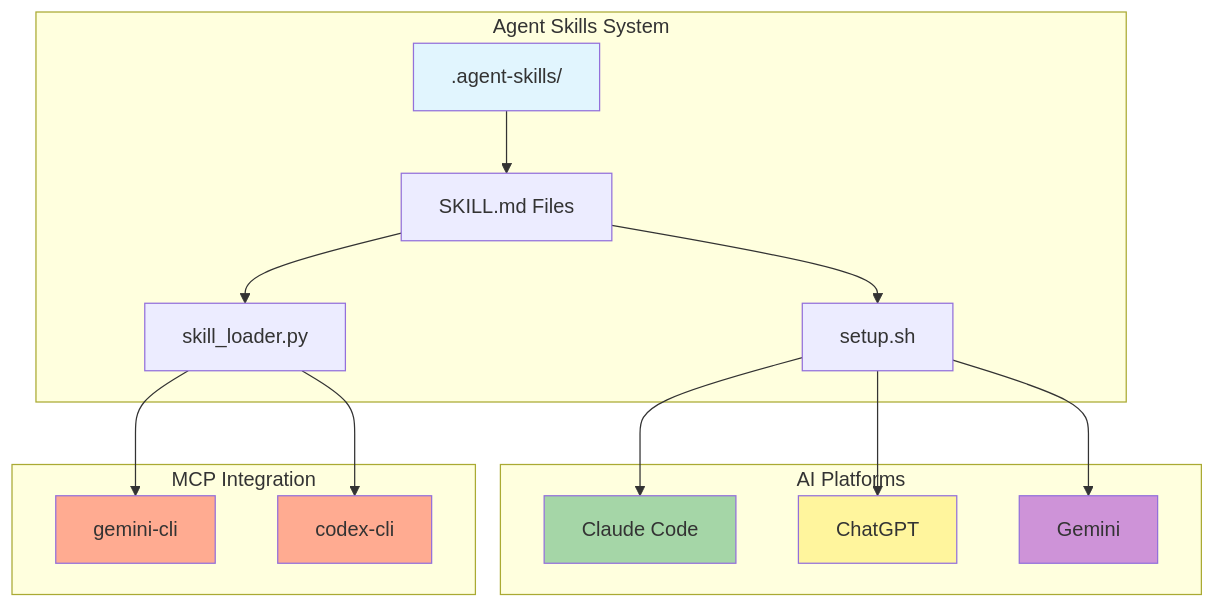
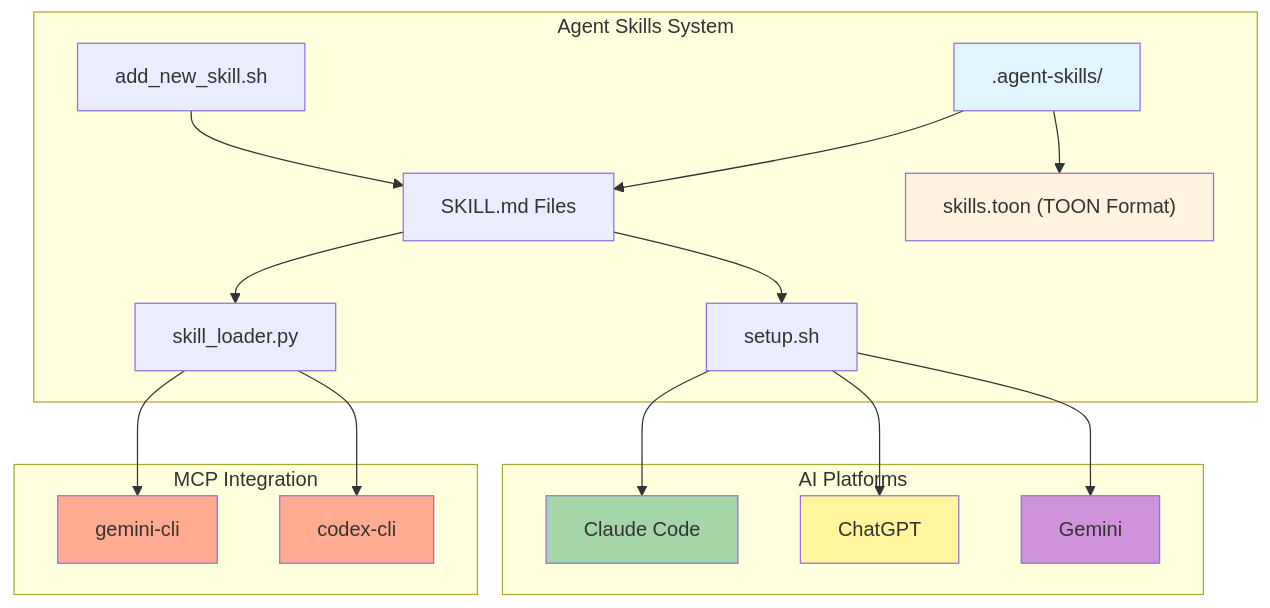
Before and after one commit to supercent-io/skills-template: the first of 6 diagrams in README.md, drawn with Mermaid. The commit also changed other lines of this file and 7 other files, not shown here.

````diff
--- a/README.md
+++ b/README.md
@@ -12,37 +13,42 @@
 ```mermaid
 graph TB
     subgraph "Agent Skills System"
         AS[".agent-skills/"]
         SK["SKILL.md Files"]
+        TN["skills.toon (TOON Format)"]
         SL["skill_loader.py"]
         SS["setup.sh"]
+        ANS["add_new_skill.sh"]
     end
 
     subgraph "AI Platforms"
         CL["Claude Code"]
         GP["ChatGPT"]
         GM["Gemini"]
     end
 
     subgraph "MCP Integration"
         GC["gemini-cli"]
         CC["codex-cli"]
     end
 
     AS --> SK
+    AS --> TN
     SK --> SL
     SK --> SS
+    ANS --> SK
 
     SS --> CL
     SS --> GP
     SS --> GM
     SL --> GC
     SL --> CC
 
     style AS fill:#e1f5fe
+    style TN fill:#fff3e0
     style CL fill:#a5d6a7
     style GP fill:#fff59d
     style GM fill:#ce93d8
     style GC fill:#ffab91
     style CC fill:#ffab91
 ```
````
